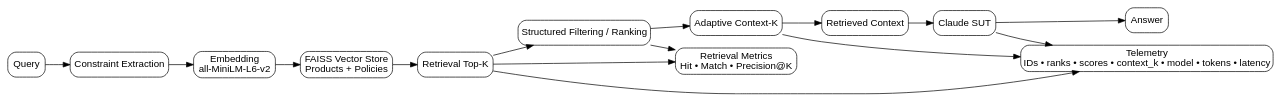
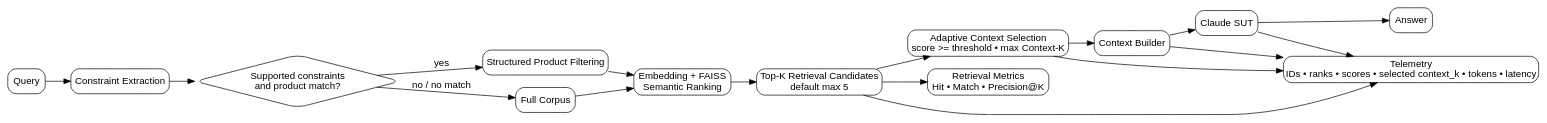
Before and after one commit to oleksandrserhieiev-beep/ai-qe-lab: the diagram in docs/rag.dot, drawn with Graphviz.

Commit message:
Fix RAG architecture diagram

```diff
--- a/docs/rag.dot
+++ b/docs/rag.dot
@@ -1,25 +1,31 @@
 digraph G {
   rankdir=LR;
   node [shape=box, style="rounded", fontname="Arial"];
   edge [fontname="Arial"];
 
   Q [label="Query"];
   C [label="Constraint Extraction"];
-  E [label="Embedding\nall-MiniLM-L6-v2"];
-  V [label="FAISS Vector Store\nProducts + Policies"];
-  R [label="Retrieval Top-K"];
-  F [label="Structured Filtering / Ranking"];
-  K [label="Adaptive Context-K"];
-  X [label="Retrieved Context"];
+  D [label="Supported constraints\nand product match?", shape=diamond];
+  F [label="Structured Product Filtering"];
+  ALL [label="Full Corpus"];
+  E [label="Embedding + FAISS\nSemantic Ranking"];
+  R [label="Top-K Retrieval Candidates\ndefault max 5"];
+  K [label="Adaptive Context Selection\nscore >= threshold • max Context-K"];
+  X [label="Context Builder"];
   S [label="Claude SUT"];
   A [label="Answer"];
   M [label="Retrieval Metrics\nHit • Match • Precision@K"];
-  T [label="Telemetry\nIDs • ranks • scores • context_k • model • tokens • latency"];
+  T [label="Telemetry\nIDs • ranks • scores • selected context_k • tokens • latency"];
 
-  Q -> C -> E -> V -> R -> F -> K -> X -> S -> A;
+  Q -> C -> D;
+  D -> F [label="yes"];
+  D -> ALL [label="no / no match"];
+  F -> E;
+  ALL -> E;
+  E -> R -> K -> X -> S -> A;
   R -> M;
-  F -> M;
   R -> T;
   K -> T;
+  X -> T;
   S -> T;
 }
```
